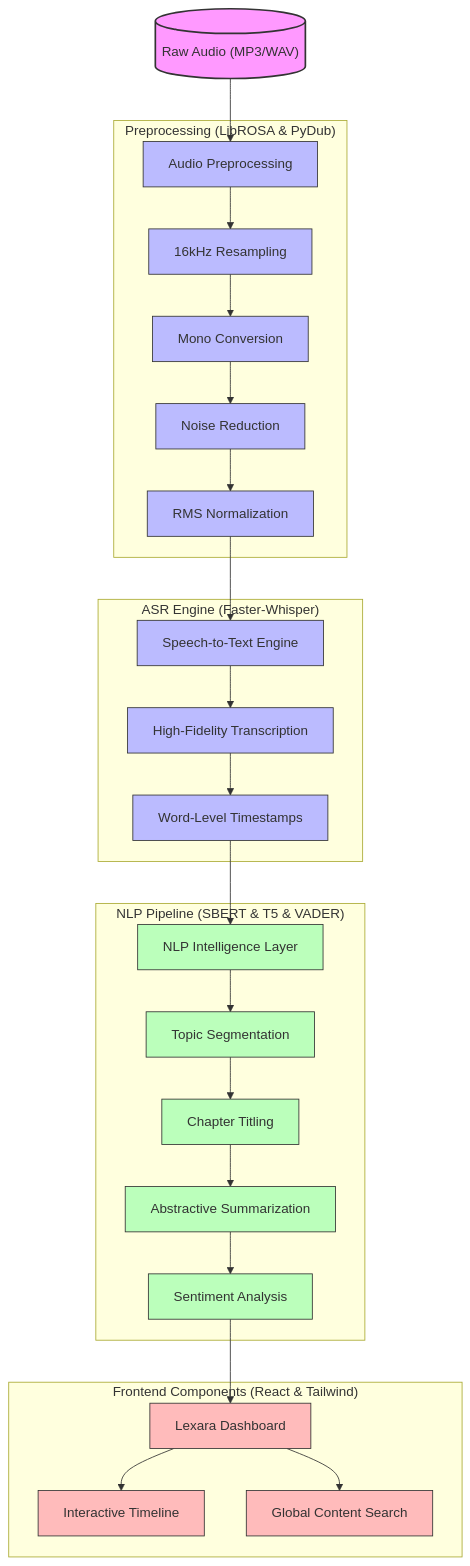
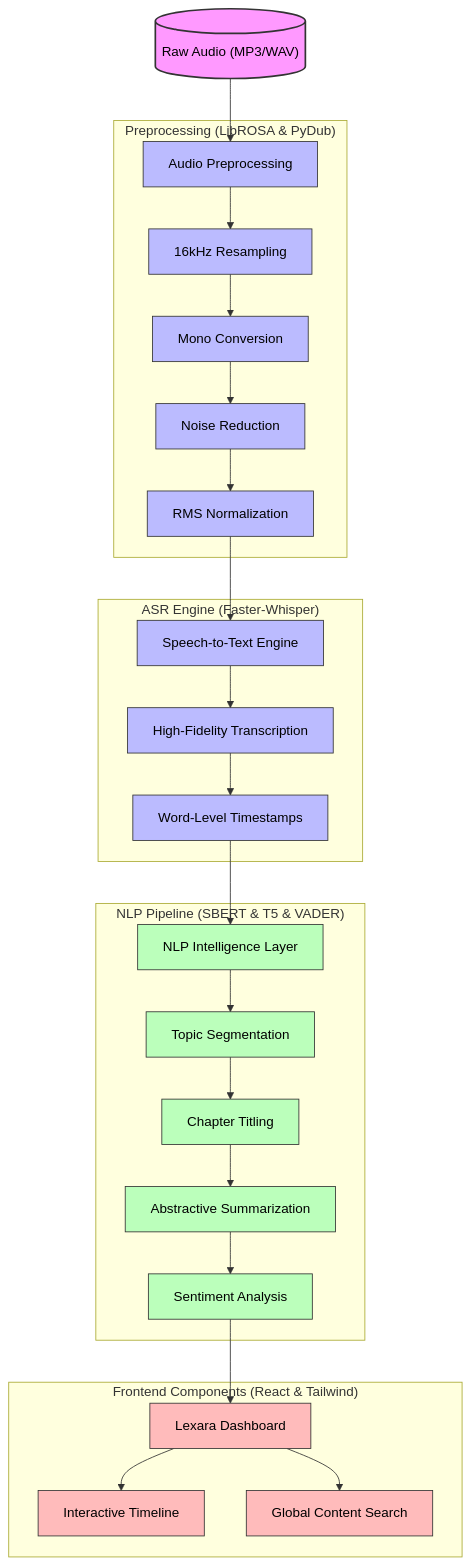
The diagram in README.md (Namz10/Automated-Podcast-Transcription-and-Topic-Segmentation-Audio-Analysis-Project), drawn with Mermaid before and after one commit. The commit also changed 3 other files, not shown here.

````diff
--- a/README.md
+++ b/README.md
@@ -37,40 +37,40 @@
 ```mermaid
 graph TD
     %% Define Styles
-    classDef storage fill:#f9f,stroke:#333,stroke-width:2px;
-    classDef process fill:#bbf,stroke:#333,stroke-width:1px;
-    classDef nlp fill:#bfb,stroke:#333,stroke-width:1px;
-    classDef ui fill:#fbb,stroke:#333,stroke-width:1px;
+    classDef storage fill:#f9f,stroke:#333,stroke-width:2px,color:#000;
+    classDef process fill:#bbf,stroke:#333,stroke-width:1px,color:#000;
+    classDef nlp fill:#bfb,stroke:#333,stroke-width:1px,color:#000;
+    classDef ui fill:#fbb,stroke:#333,stroke-width:1px,color:#000;
 
     A[("Raw Audio (MP3/WAV)")]:::storage --> B["Audio Preprocessing"]:::process
     
     subgraph "Preprocessing (LibROSA & PyDub)"
         B --> B1["16kHz Resampling"]:::process
         B1 --> B2["Mono Conversion"]:::process
         B2 --> B3["Noise Reduction"]:::process
         B3 --> B4["RMS Normalization"]:::process
     end
     
     B4 --> C["Speech-to-Text Engine"]:::process
     
     subgraph "ASR Engine (Faster-Whisper)"
         C --> C1["High-Fidelity Transcription"]:::process
         C1 --> C2["Word-Level Timestamps"]:::process
     end
     
     C2 --> D["NLP Intelligence Layer"]:::nlp
     
     subgraph "NLP Pipeline (SBERT & T5 & VADER)"
         D --> D1["Topic Segmentation"]:::nlp
         D1 --> D2["Chapter Titling"]:::nlp
         D2 --> D3["Abstractive Summarization"]:::nlp
         D3 --> D4["Sentiment Analysis"]:::nlp
     end
     
     D4 --> E["Lexara Dashboard"]:::ui
     
     subgraph "Frontend Components (React & Tailwind)"
         E --> F["Interactive Timeline"]:::ui
         E --> G["Global Content Search"]:::ui
     end
 ```
````
